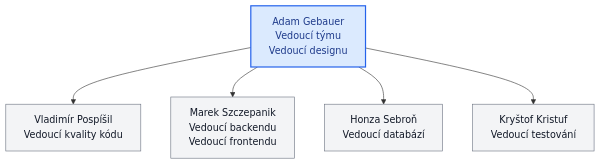
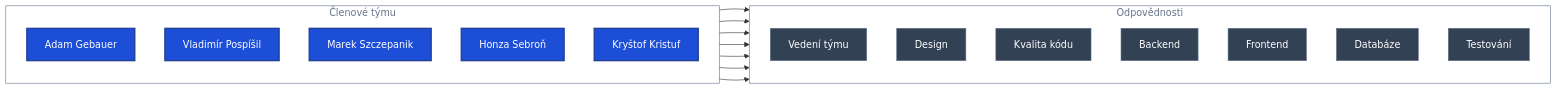
Before and after one commit to KulisciOsu/StudentFlow: the diagram in README.md, drawn with Mermaid.

Commit message:
Update team responsibilities diagram in README

````diff
--- a/README.md
+++ b/README.md
@@ -13,15 +13,39 @@
 ```mermaid
-flowchart TD
-    A["Adam Gebauer<br/>Vedoucí týmu<br/>Vedoucí designu"]
+flowchart LR
+    subgraph TEAM["Členové týmu"]
+        direction TB
+        A["Adam Gebauer"]
+        V["Vladimír Pospíšil"]
+        M["Marek Szczepanik"]
+        H["Honza Sebroň"]
+        K["Kryštof Kristuf"]
+    end
 
-    A --> V["Vladimír Pospíšil<br/>Vedoucí kvality kódu"]
-    A --> M["Marek Szczepanik<br/>Vedoucí backendu<br/>Vedoucí frontendu"]
-    A --> H["Honza Sebroň<br/>Vedoucí databází"]
-    A --> K["Kryštof Kristuf<br/>Vedoucí testování"]
+    subgraph RESPONSIBILITIES["Odpovědnosti"]
+        direction TB
+        LEAD["Vedení týmu"]
+        DESIGN["Design"]
+        QUALITY["Kvalita kódu"]
+        BACKEND["Backend"]
+        FRONTEND["Frontend"]
+        DATABASE["Databáze"]
+        TESTING["Testování"]
+    end
 
-    classDef lead fill:#dbeafe,stroke:#2563eb,color:#1e3a8a,stroke-width:2px
-    classDef member fill:#f3f4f6,stroke:#6b7280,color:#111827
+    A --> LEAD
+    A --> DESIGN
+    V --> QUALITY
+    M --> BACKEND
+    M --> FRONTEND
+    H --> DATABASE
+    K --> TESTING
 
-    class A lead
-    class V,M,H,K member
+    classDef person fill:#1d4ed8,stroke:#1e3a8a,color:#ffffff,stroke-width:2px
+    classDef responsibility fill:#334155,stroke:#64748b,color:#ffffff,stroke-width:1px
+
+    class A,V,M,H,K person
+    class LEAD,DESIGN,QUALITY,BACKEND,FRONTEND,DATABASE,TESTING responsibility
+
+    style TEAM fill:transparent,stroke:#64748b,color:#64748b
+    style RESPONSIBILITIES fill:transparent,stroke:#64748b,color:#64748b
 ```
````
